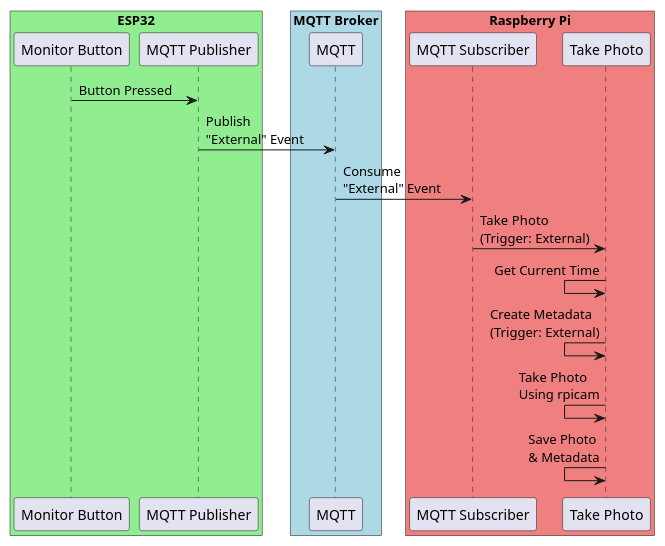
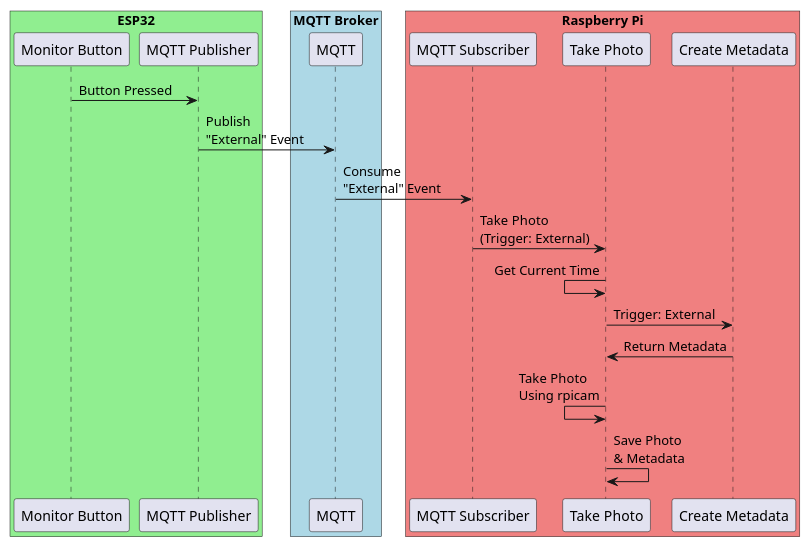
The diagram in diagrams/photo-processes/external-photo.wsd (AlexanderNorup/emli-wildlife-project), drawn with PlantUML before and after one commit. The commit also changed 1 other file, not shown here.

Commit message:
Adding create metadata participant to diagrams

```diff
--- a/diagrams/photo-processes/external-photo.wsd
+++ b/diagrams/photo-processes/external-photo.wsd
@@ -1,25 +1,27 @@
 @startuml
 
 box "ESP32" #LightGreen
   participant "Monitor Button" as espBtn
   participant "MQTT Publisher" as espPub
 end box
 
 box "MQTT Broker" #LightBlue
   participant "MQTT" as mqtt
 end box
 
 box "Raspberry Pi" #LightCoral
   participant "MQTT Subscriber" as rpiSub
   participant "Take Photo" as rpiPhoto
+  participant "Create Metadata" as rpiMeta
 end box
 
 espBtn -> espPub : Button Pressed
 espPub -> mqtt : Publish\n"External" Event
 mqtt -> rpiSub : Consume\n"External" Event
 rpiSub -> rpiPhoto : Take Photo\n(Trigger: External)
 rpiPhoto <- rpiPhoto : Get Current Time
-rpiPhoto <- rpiPhoto : Create Metadata\n(Trigger: External)
+rpiPhoto -> rpiMeta : Trigger: External
+rpiMeta -> rpiPhoto : Return Metadata
 rpiPhoto <- rpiPhoto : Take Photo\nUsing rpicam
-rpiPhoto <- rpiPhoto : Save Photo\n& Metadata
+rpiPhoto -> rpiPhoto : Save Photo\n& Metadata
 @enduml
```
